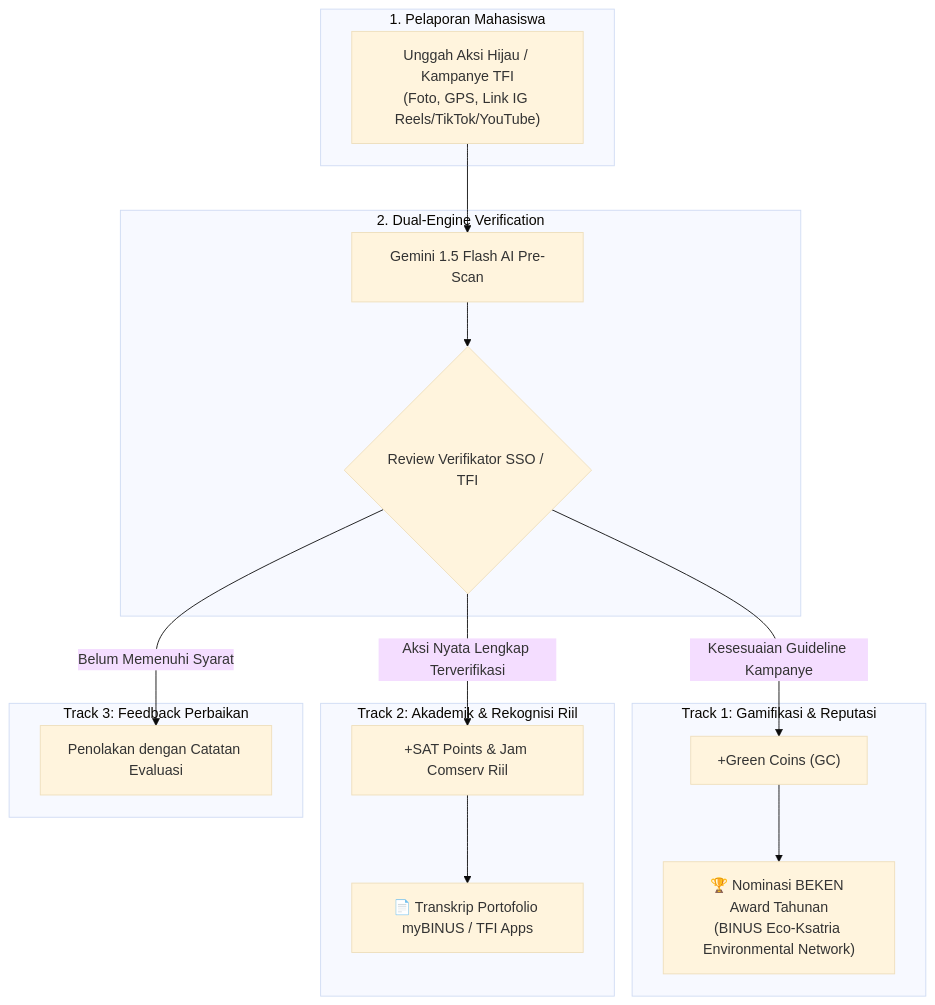
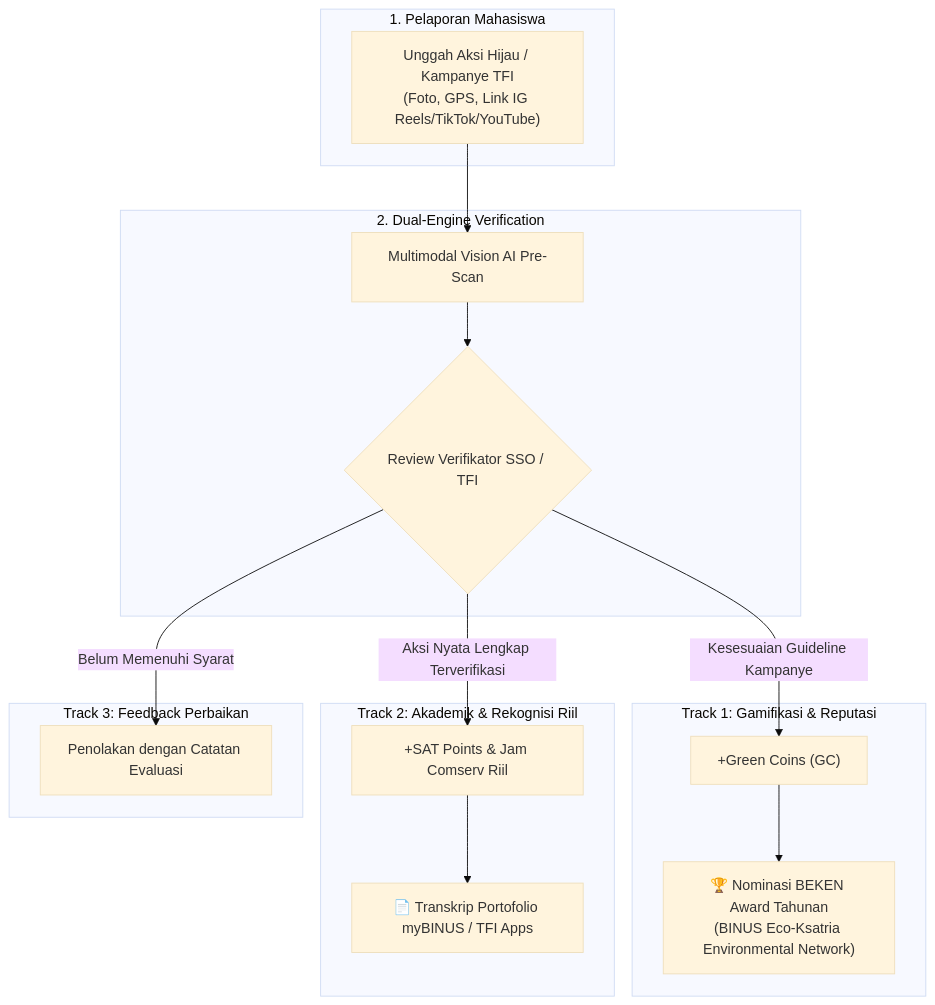
Before and after one commit to FY72X9/i-can-app: the diagram in README.md, drawn with Mermaid (base theme). The commit also changed other lines of this file and 9 other files, not shown here.

````diff
--- a/README.md
+++ b/README.md
@@ -23,25 +23,25 @@
 ```mermaid
 flowchart TD
     subgraph Submission["1. Pelaporan Mahasiswa"]
         A["Unggah Aksi Hijau / Kampanye TFI<br/>(Foto, GPS, Link IG Reels/TikTok/YouTube)"]
     end
 
     subgraph Verification["2. Dual-Engine Verification"]
-        A --> B["Gemini 1.5 Flash AI Pre-Scan"]
+        A --> B["Multimodal Vision AI Pre-Scan"]
         B --> C{"Review Verifikator SSO / TFI"}
     end
 
     subgraph TrackA["Track 1: Gamifikasi & Reputasi"]
         C -->|"Kesesuaian Guideline Kampanye"| D["+Green Coins (GC)"]
         D --> E["🏆 Nominasi BEKEN Award Tahunan<br/>(BINUS Eco-Ksatria Environmental Network)"]
     end
 
     subgraph TrackB["Track 2: Akademik & Rekognisi Riil"]
         C -->|"Aksi Nyata Lengkap Terverifikasi"| F["+SAT Points & Jam Comserv Riil"]
         F --> G["📄 Transkrip Portofolio myBINUS / TFI Apps"]
     end
 
     subgraph Rejection["Track 3: Feedback Perbaikan"]
         C -->|"Belum Memenuhi Syarat"| H["Penolakan dengan Catatan Evaluasi"]
     end
 ```
````
